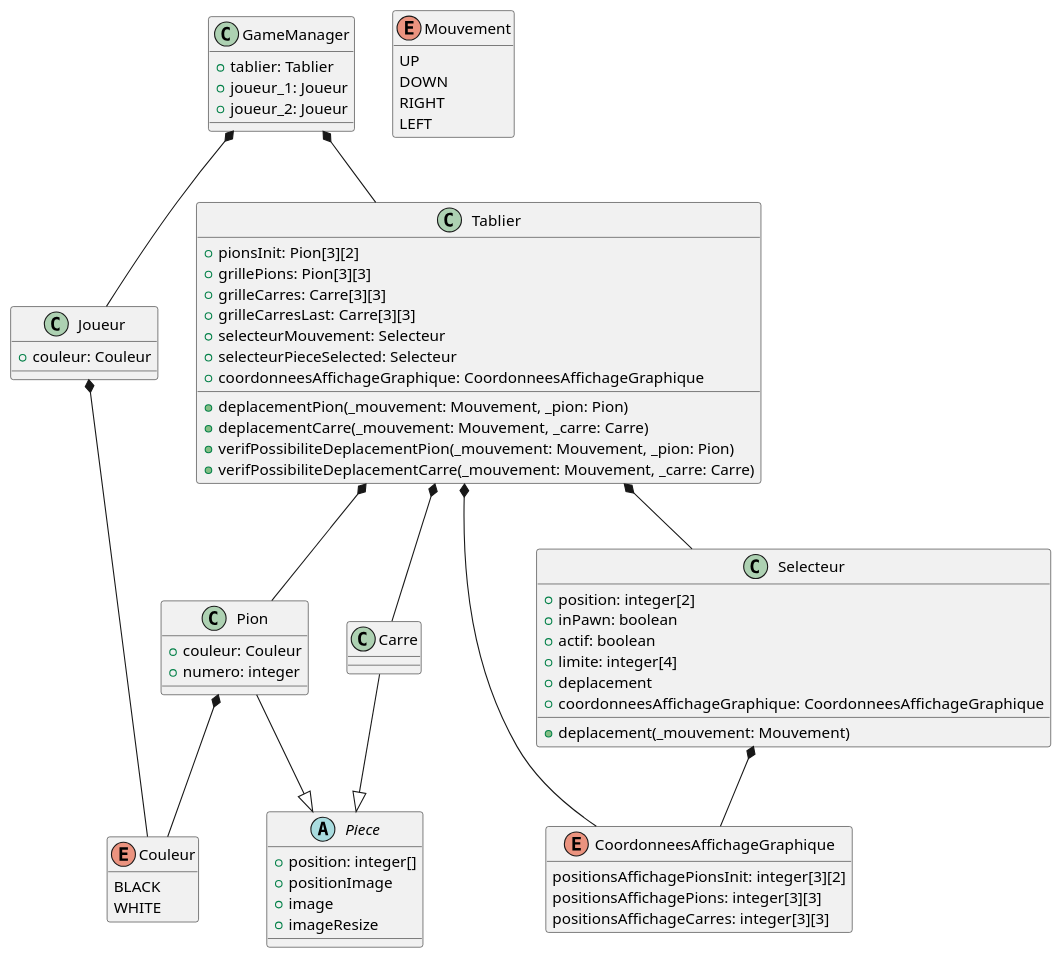
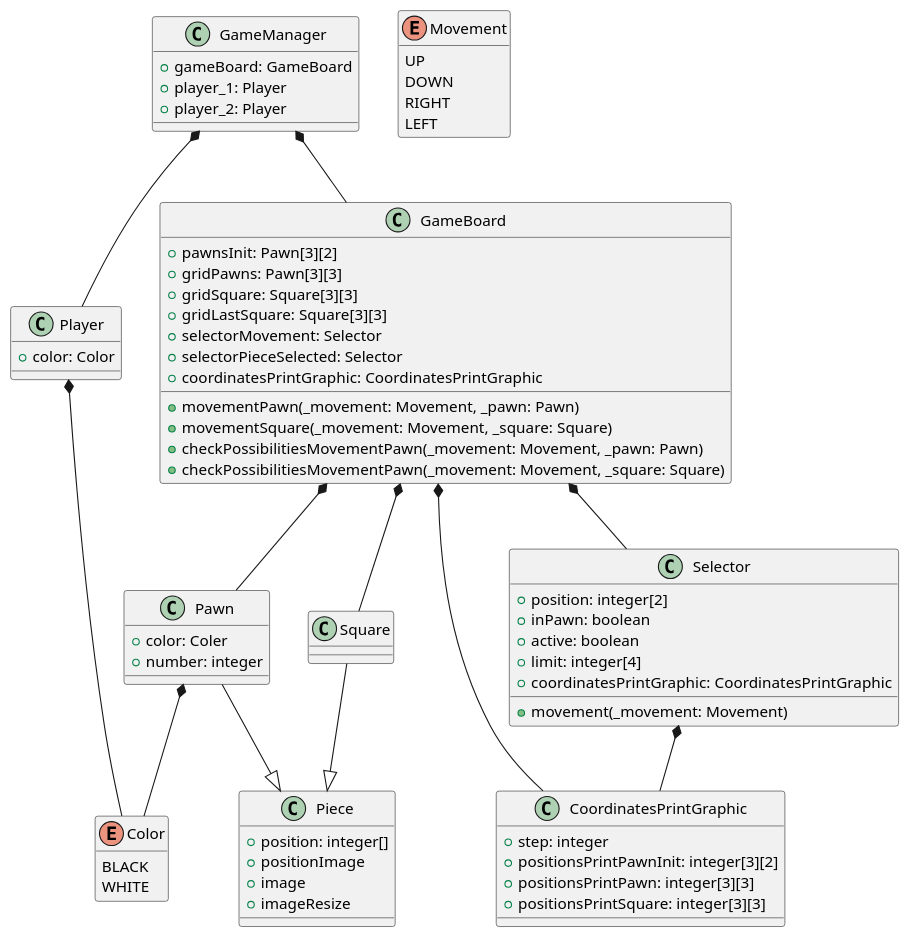
The diagram in Doc/UML/classes.puml (AurelienVasseur/Force-3), drawn with PlantUML before and after one commit. The commit also changed 20 other files, not shown here.

Commit message:
Change-Massive-Classes implementation started + UML update

```diff
--- a/Doc/UML/classes.puml
+++ b/Doc/UML/classes.puml
@@ -1,88 +1,87 @@
 @startuml classes
 
-class Tablier {
-    +pionsInit: Pion[3][2]
-    +grillePions: Pion[3][3]
-    +grilleCarres: Carre[3][3]
-    +grilleCarresLast: Carre[3][3]
-    +selecteurMouvement: Selecteur
-    +selecteurPieceSelected: Selecteur
-    +coordonneesAffichageGraphique: CoordonneesAffichageGraphique
-    +deplacementPion(_mouvement: Mouvement, _pion: Pion)
-    +deplacementCarre(_mouvement: Mouvement, _carre: Carre)
-    +verifPossibiliteDeplacementPion(_mouvement: Mouvement, _pion: Pion)
-    +verifPossibiliteDeplacementCarre(_mouvement: Mouvement, _carre: Carre)
+class GameBoard {
+    +pawnsInit: Pawn[3][2]
+    +gridPawns: Pawn[3][3]
+    +gridSquare: Square[3][3]
+    +gridLastSquare: Square[3][3]
+    +selectorMovement: Selector
+    +selectorPieceSelected: Selector
+    +coordinatesPrintGraphic: CoordinatesPrintGraphic
+    +movementPawn(_movement: Movement, _pawn: Pawn)
+    +movementSquare(_movement: Movement, _square: Square)
+    +checkPossibilitiesMovementPawn(_movement: Movement, _pawn: Pawn)
+    +checkPossibilitiesMovementPawn(_movement: Movement, _square: Square)
 }
 
-class Joueur {
-    +couleur: Couleur
+class Player {
+    +color: Color
 }
 
-abstract class Piece {
+class Piece {
     +position: integer[]
     +positionImage
     +image
     +imageResize
 }
 
-class Pion {
-    +couleur: Couleur
-    +numero: integer
+class Pawn {
+    +color: Coler
+    +number: integer
 }
 
-class Carre {
+class Square {
 
 }
 
-class Selecteur {
+class Selector {
     +position: integer[2]
     +inPawn: boolean
-    +actif: boolean
-    +limite: integer[4]
-    +deplacement
-    +coordonneesAffichageGraphique: CoordonneesAffichageGraphique
-    +deplacement(_mouvement: Mouvement)
+    +active: boolean
+    +limit: integer[4]
+    +coordinatesPrintGraphic: CoordinatesPrintGraphic
+    +movement(_movement: Movement)
 }
 
 class GameManager {
-    +tablier: Tablier
-    +joueur_1: Joueur
-    +joueur_2: Joueur
+    +gameBoard: GameBoard
+    +player_1: Player
+    +player_2: Player
 
 }
 
-enum Couleur {
+enum Color {
     BLACK
     WHITE
 }
-hide Couleur methods
+hide Color methods
 
-enum Mouvement {
+enum Movement {
     UP
     DOWN
     RIGHT
     LEFT
 }
-hide Mouvement methods
+hide Movement methods
 
-enum CoordonneesAffichageGraphique {
-    positionsAffichagePionsInit: integer[3][2]
-    positionsAffichagePions: integer[3][3]
-    positionsAffichageCarres: integer[3][3]
+class CoordinatesPrintGraphic {
+    +step: integer
+    +positionsPrintPawnInit: integer[3][2]
+    +positionsPrintPawn: integer[3][3]
+    +positionsPrintSquare: integer[3][3]
 }
-hide CoordonneesAffichageGraphique methods
 
 
-GameManager *-- Tablier
-GameManager *-- Joueur
-Tablier *-- Selecteur
-Tablier *-- Pion
-Tablier *-- Carre
-Tablier *-- CoordonneesAffichageGraphique
-Selecteur *-- CoordonneesAffichageGraphique
-Pion --|> Piece
-Carre --|> Piece
-Joueur *-- Couleur
-Pion *-- Couleur
+GameManager *-- GameBoard
+GameManager *-- Player
+GameBoard *-- Selector
+GameBoard *-- Pawn
+GameBoard *-- Square
+GameBoard *-- CoordinatesPrintGraphic
+Selector *-- CoordinatesPrintGraphic
+Pawn --|> Piece
+Square --|> Piece
+Player *-- Color
+Pawn *-- Color
 
 @enduml
```
